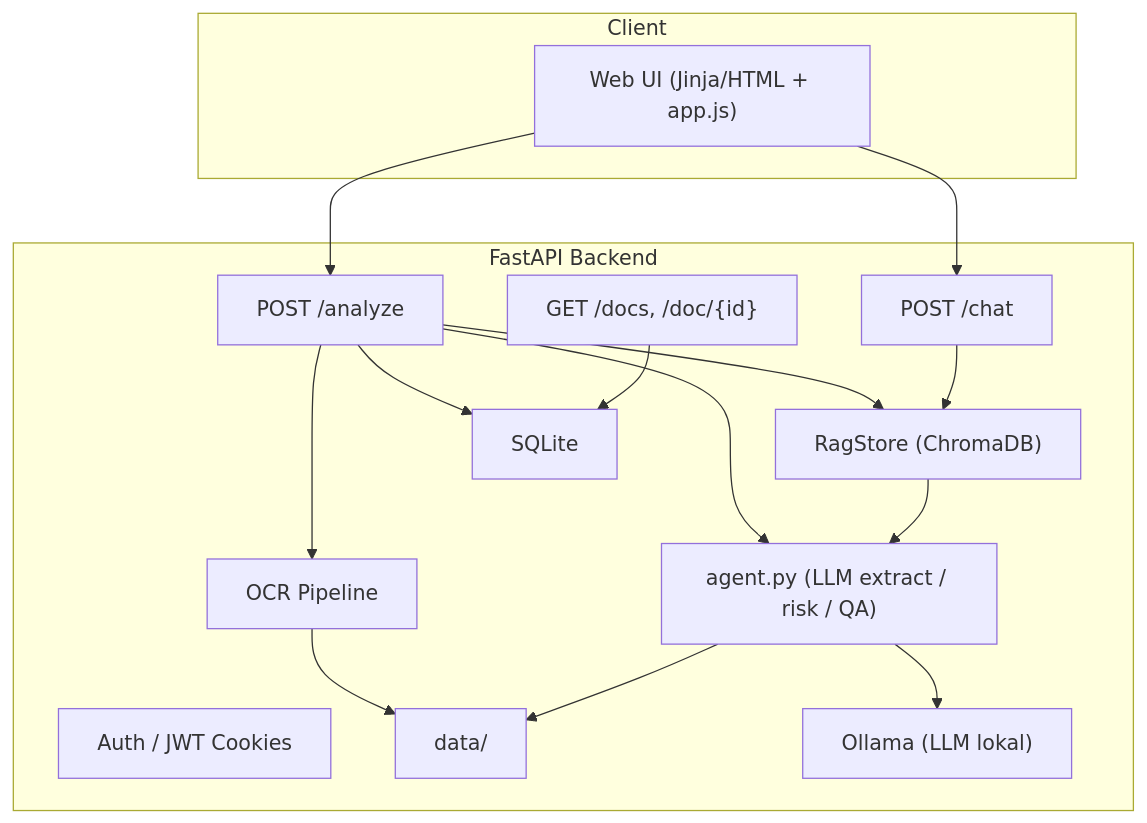
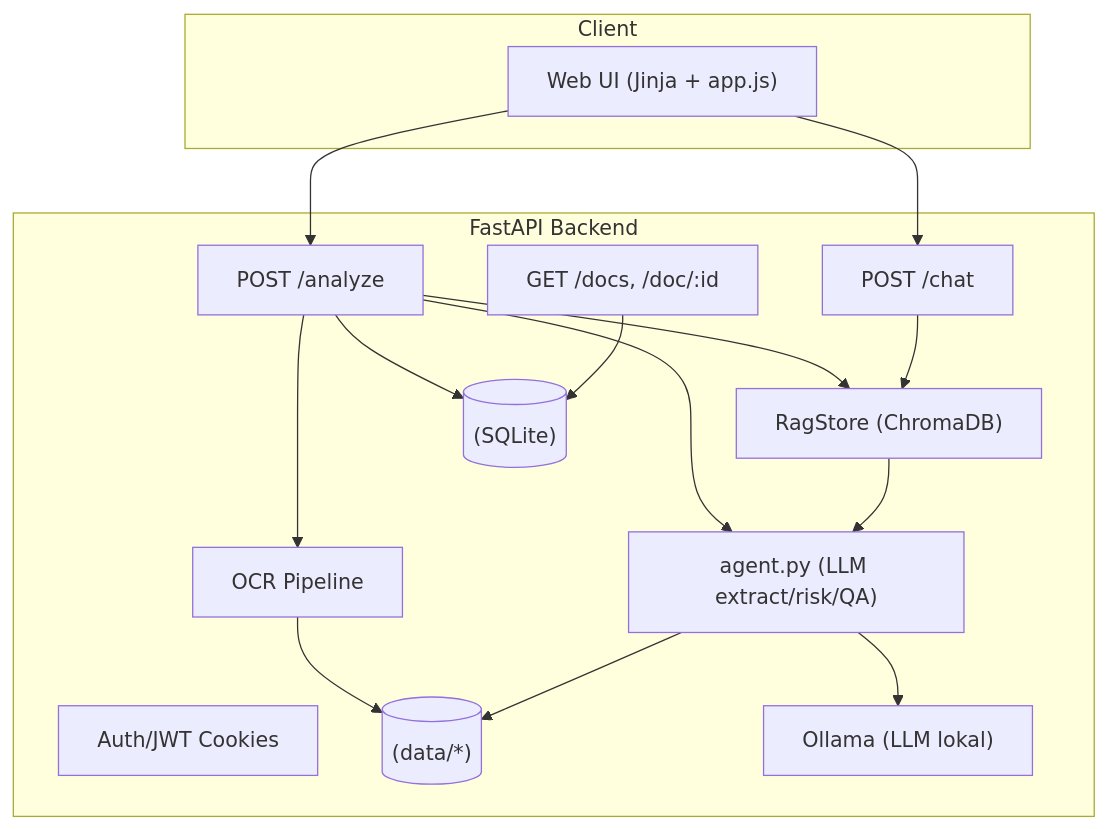
The first of 5 diagrams in readme.md (mdierm/agenticAI), drawn with Mermaid before and after one commit. The commit also changed other lines of this file, not shown here.

````diff
--- a/readme.md
+++ b/readme.md
@@ -24,27 +20,27 @@
 ```mermaid
 flowchart TD
   subgraph Client
-    WEB["Web UI (Jinja/HTML + app.js)"]
+    WEB["Web UI (Jinja + app.js)"]
   end
 
   subgraph Backend["FastAPI Backend"]
-    AUTH["Auth / JWT Cookies"]
-    API_ANALYZE["POST /analyze"]
-    API_CHAT["POST /chat"]
-    API_DOCS["GET /docs, /doc/{id}"]
+    AUTH["Auth/JWT Cookies"]
+    ANALYZE["POST /analyze"]
+    CHAT["POST /chat"]
+    DOCS["GET /docs, /doc/:id"]
     OCR["OCR Pipeline"]
-    AGENT["agent.py (LLM extract / risk / QA)"]
+    AGENT["agent.py (LLM extract/risk/QA)"]
     RAG["RagStore (ChromaDB)"]
-    DB["SQLite"]
-    FS["data/"]
+    DB[("(SQLite)")]
+    FS[("(data/*)")]
     OLL["Ollama (LLM lokal)"]
   end
 
-  WEB --> API_ANALYZE --> OCR --> FS
-  API_ANALYZE --> RAG
-  API_ANALYZE --> AGENT --> OLL
+  WEB --> ANALYZE --> OCR --> FS
+  ANALYZE --> RAG
+  ANALYZE --> AGENT --> OLL
   AGENT --> FS
-  API_ANALYZE --> DB
-  WEB --> API_CHAT --> RAG --> AGENT
-  API_DOCS --> DB
+  ANALYZE --> DB
+  WEB --> CHAT --> RAG --> AGENT
+  DOCS --> DB
 ```
````
